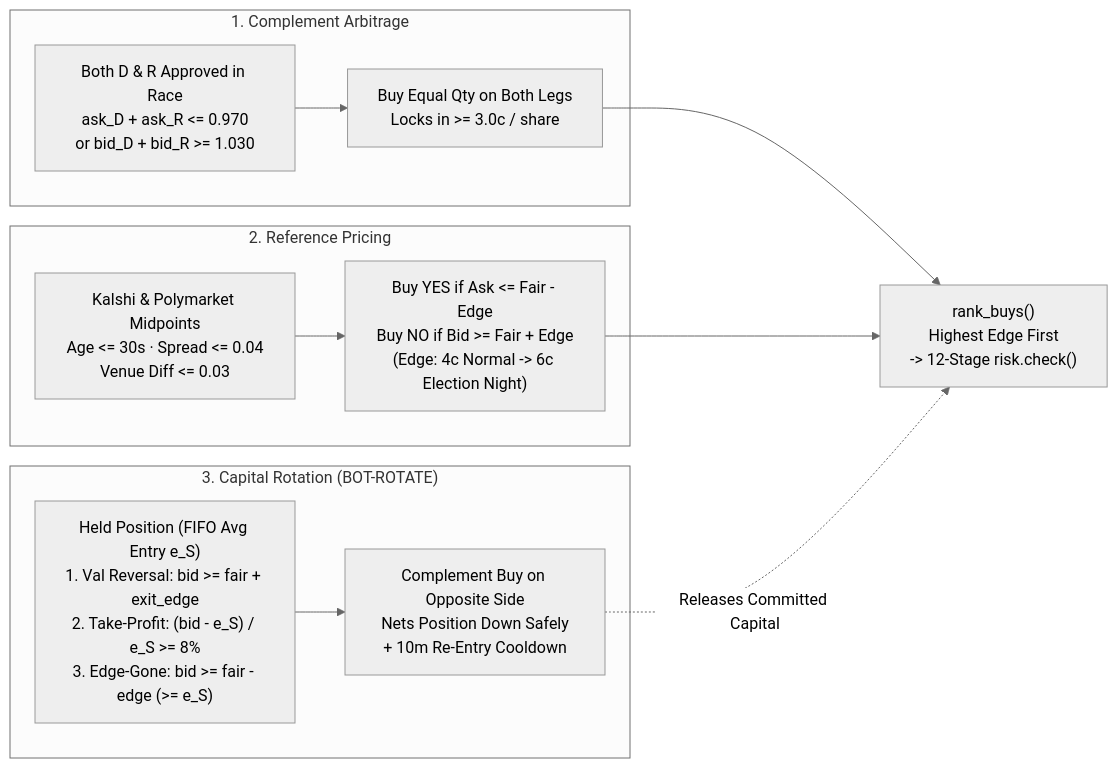
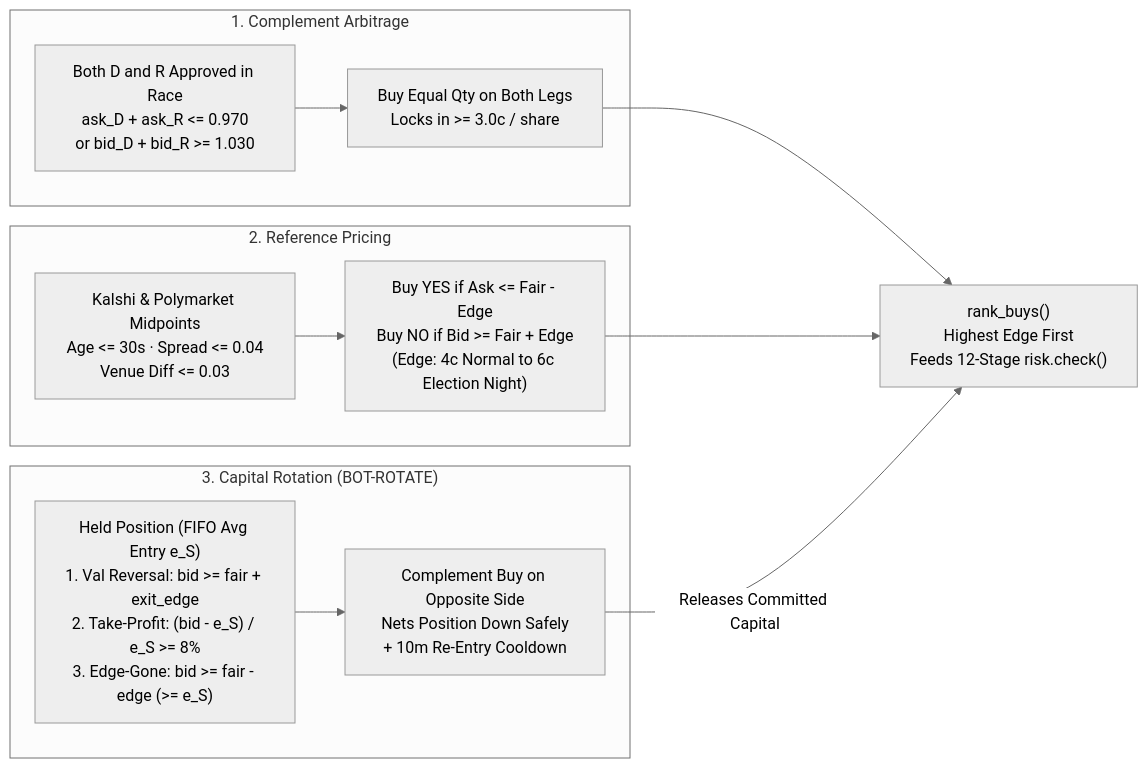
One commit to ArnavJain2005/Bellwether changed the second of 2 diagrams in README.md. Above: the diagram before and after it, drawn with Mermaid (neutral theme). The commit also changed other lines of this file and 2 other files, not shown here.

Commit message:
docs: fix Mermaid diagram syntax across README and deep-dive docs

````diff
--- a/README.md
+++ b/README.md
@@ -111,18 +111,18 @@
 ```mermaid
 flowchart LR
   subgraph S1["1. Complement Arbitrage"]
-    C1["Both D & R Approved in Race<br/>ask_D + ask_R <= 0.970<br/>or bid_D + bid_R >= 1.030"] --> C2["Buy Equal Qty on Both Legs<br/>Locks in >= 3.0c / share"]
+    C1["Both D and R Approved in Race<br/>ask_D + ask_R <= 0.970<br/>or bid_D + bid_R >= 1.030"] --> C2["Buy Equal Qty on Both Legs<br/>Locks in >= 3.0c / share"]
   end
 
   subgraph S2["2. Reference Pricing"]
-    R1["Kalshi & Polymarket Midpoints<br/>Age <= 30s · Spread <= 0.04<br/>Venue Diff <= 0.03"] --> R2["Buy YES if Ask <= Fair - Edge<br/>Buy NO if Bid >= Fair + Edge<br/>(Edge: 4c Normal -> 6c Election Night)"]
+    R1["Kalshi & Polymarket Midpoints<br/>Age <= 30s · Spread <= 0.04<br/>Venue Diff <= 0.03"] --> R2["Buy YES if Ask <= Fair - Edge<br/>Buy NO if Bid >= Fair + Edge<br/>(Edge: 4c Normal to 6c Election Night)"]
   end
 
   subgraph S3["3. Capital Rotation (BOT-ROTATE)"]
     E1["Held Position (FIFO Avg Entry e_S)<br/>1. Val Reversal: bid >= fair + exit_edge<br/>2. Take-Profit: (bid - e_S) / e_S >= 8%<br/>3. Edge-Gone: bid >= fair - edge (>= e_S)"] --> E2["Complement Buy on Opposite Side<br/>Nets Position Down Safely<br/>+ 10m Re-Entry Cooldown"]
   end
 
-  C2 --> Rank["rank_buys()<br/>Highest Edge First<br/>-> 12-Stage risk.check()"]
+  C2 --> Rank["rank_buys()<br/>Highest Edge First<br/>Feeds 12-Stage risk.check()"]
   R2 --> Rank
-  E2 -.->|Releases Committed Capital| Rank
+  E2 -->|Releases Committed Capital| Rank
 ```
````
